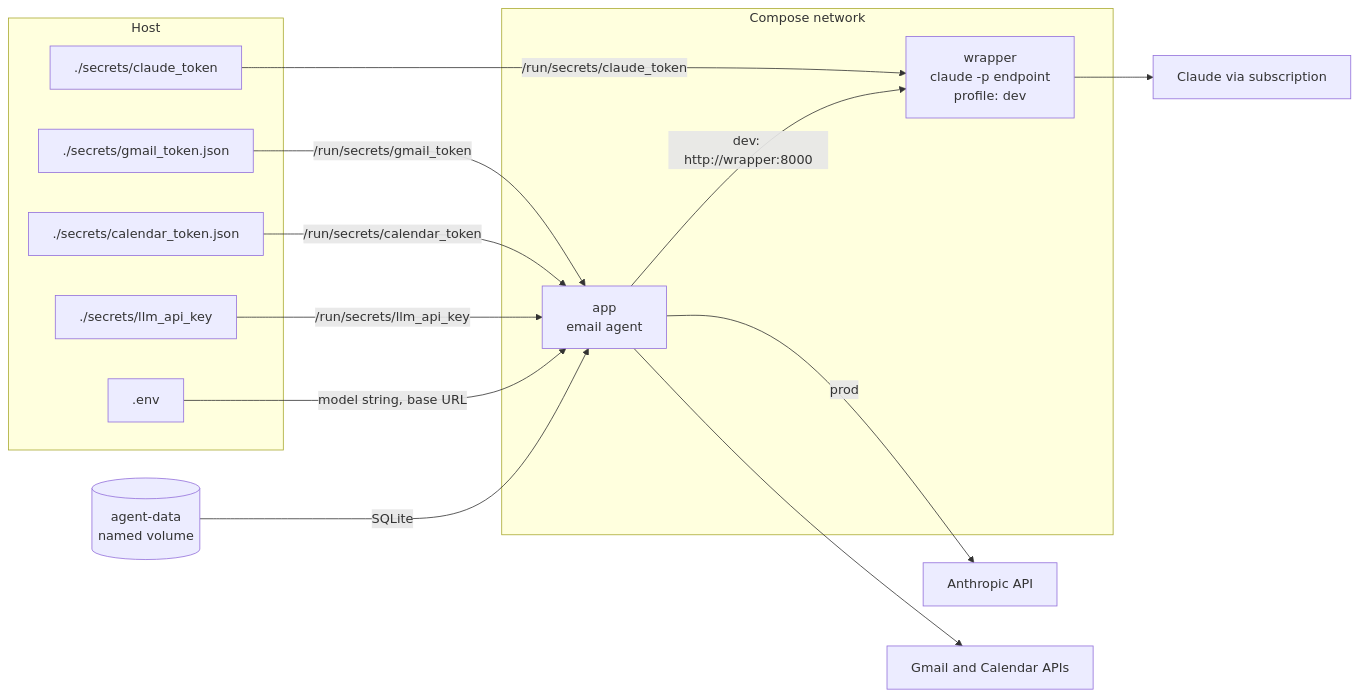
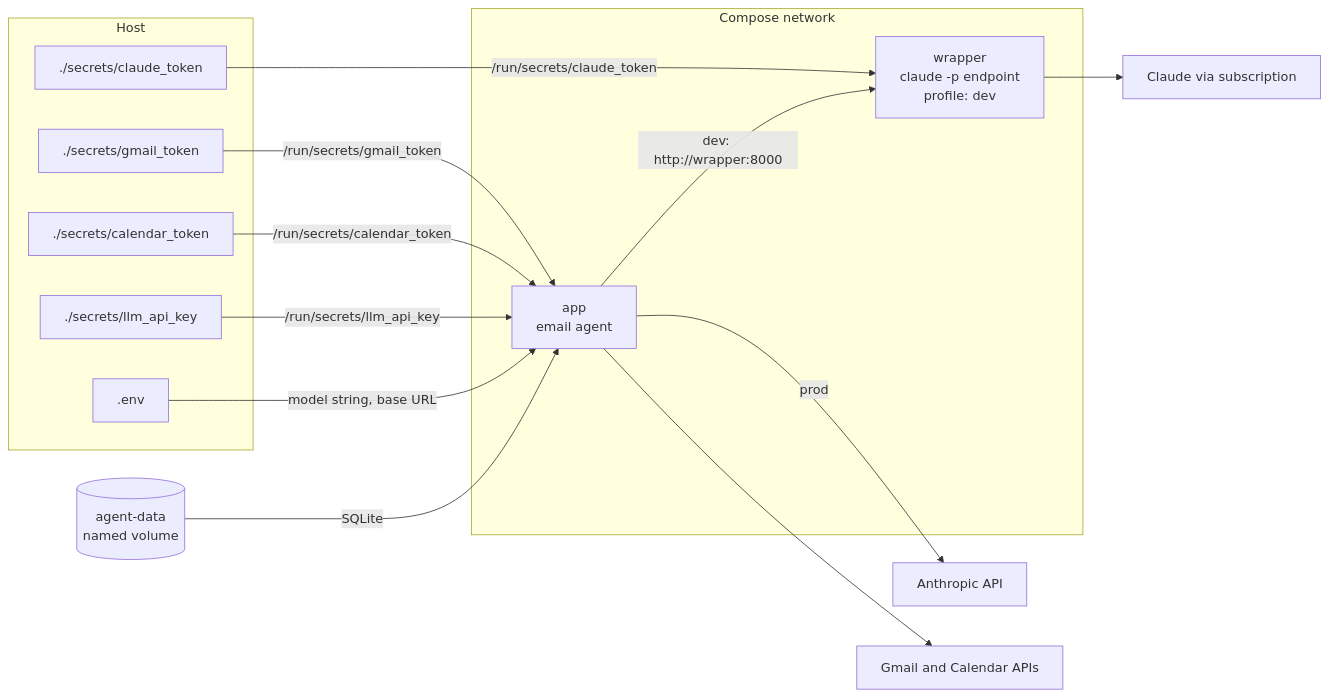
The first of 2 diagrams in docs/containers.md (andreicaminschi/ai-email-assistant), drawn with Mermaid before and after one commit. The commit also changed 9 other files, not shown here.

````diff
--- a/docs/containers.md
+++ b/docs/containers.md
@@ -30,29 +30,29 @@
 ```mermaid
 flowchart LR
     subgraph Host
-        S1[./secrets/gmail_token.json]
-        S2[./secrets/calendar_token.json]
+        S1[./secrets/gmail_token]
+        S2[./secrets/calendar_token]
         S3[./secrets/claude_token]
         S4[./secrets/llm_api_key]
         ENV[.env]
     end
 
     subgraph Compose network
         APP[app<br/>email agent]
         WR[wrapper<br/>claude -p endpoint<br/>profile: dev]
     end
 
     VOL[(agent-data<br/>named volume)]
 
     S1 -- /run/secrets/gmail_token --> APP
     S2 -- /run/secrets/calendar_token --> APP
     S3 -- /run/secrets/claude_token --> WR
     S4 -- /run/secrets/llm_api_key --> APP
     ENV -- model string, base URL --> APP
     VOL -- SQLite --> APP
 
     APP -- prod --> ANT[Anthropic API]
     APP -- dev: http://wrapper:8000 --> WR
     WR --> CL[Claude via subscription]
     APP --> G[Gmail and Calendar APIs]
 ```
````
